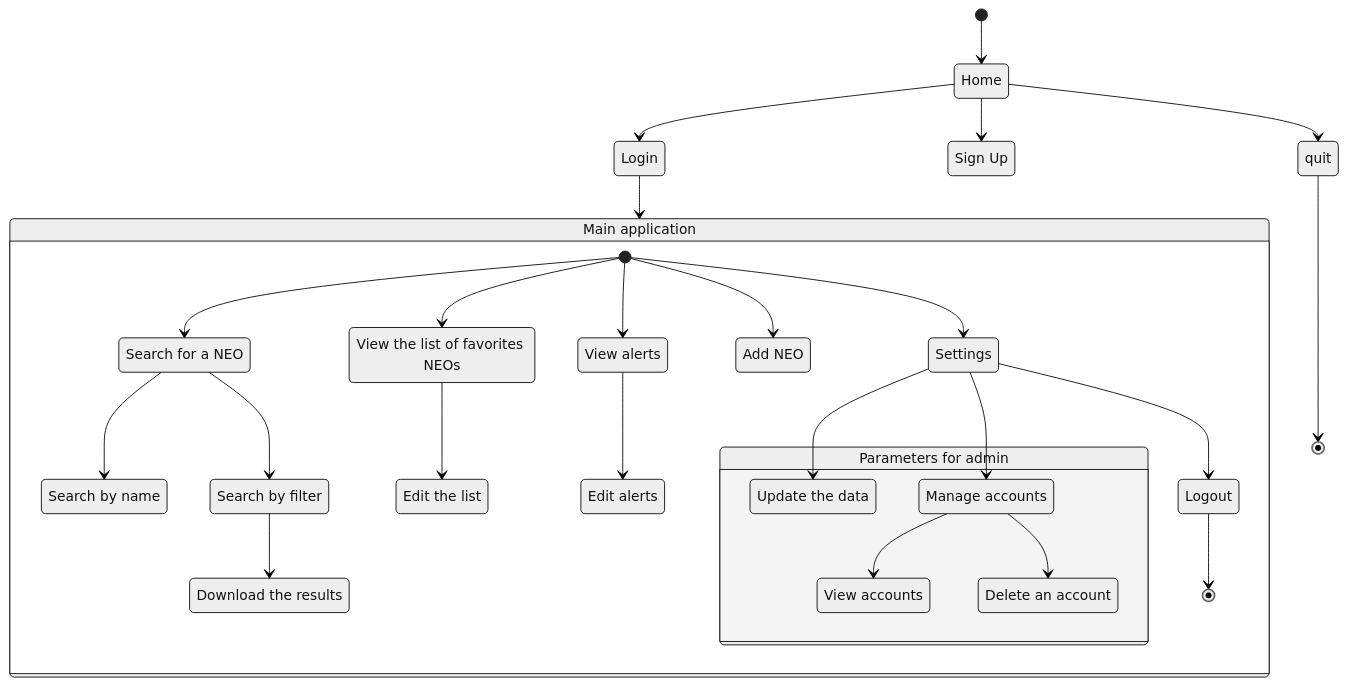
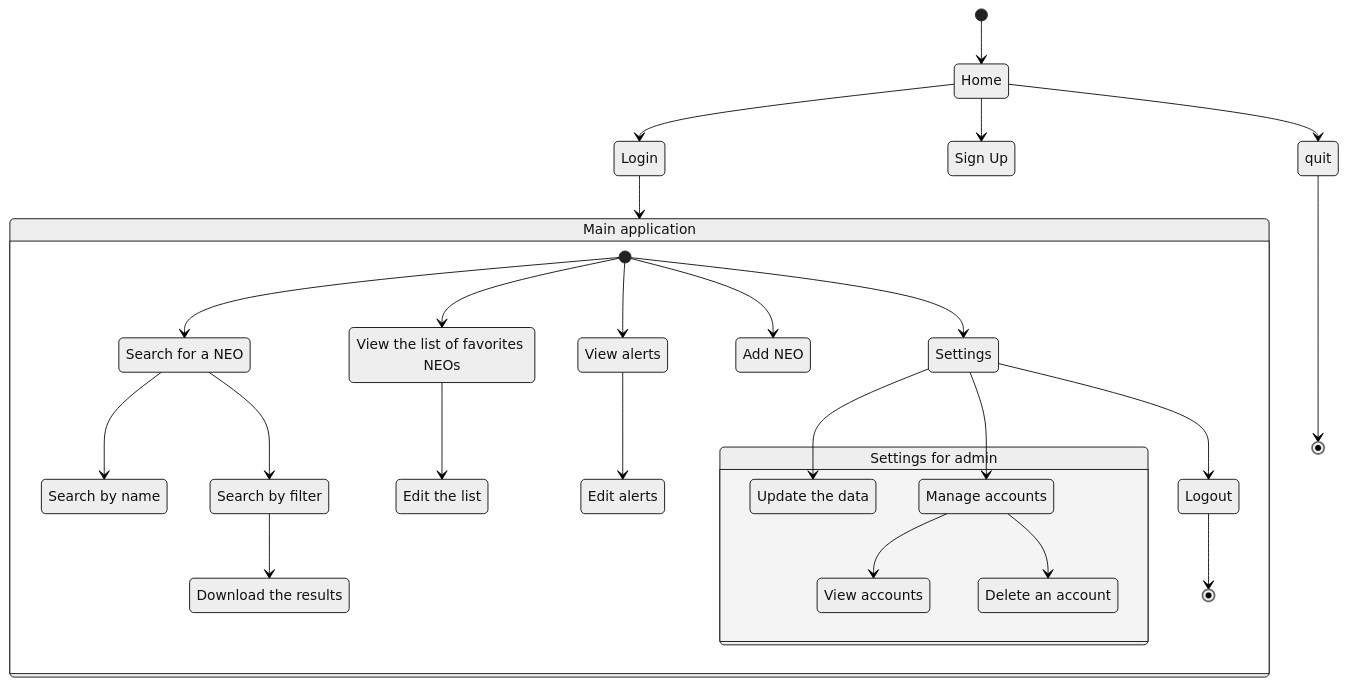
Before and after one commit to Yazaaaaaa/ensai-it-project-2a-team2: the diagram in doc/activity_diagram.md, drawn with Mermaid (neutral theme).

Commit message:
modif activity diagram

````diff
--- a/doc/activity_diagram.md
+++ b/doc/activity_diagram.md
@@ -1,50 +1,50 @@
 ```mermaid
 stateDiagram
     login : Login
     main_app : Main application
     signup : Sign Up
     search_neo : Search for a NEO
     favs_list : View the list of favorites NEOs
     settings : Settings
     search_name : Search by name
     search_filter : Search by filter
     download : Download the results
     edit_list : Edit the list
     update_data : Update the data
     manage_accounts : Manage accounts
     alerts : View alerts
     edit_alerts : Edit alerts
     add_neo : Add NEO
     view_accounts : View accounts
     delete_accounts : Delete an account
     logout : Logout
-    parameters_admin : Parameters for admin
+    settings_admin : Settings for admin
 
     [*] --> Home
     Home --> login
     login --> main_app
     Home --> signup
     Home --> quit
     quit --> [*]
 
     state main_app {
         [*] --> search_neo
         search_neo --> search_name
         search_neo --> search_filter
         search_filter --> download
         [*] --> favs_list
         favs_list --> edit_list
         [*] --> alerts
         alerts --> edit_alerts
         [*] --> add_neo
         [*] --> settings
-        state parameters_admin {
+        state settings_admin {
             settings --> update_data
             settings --> manage_accounts
             manage_accounts --> view_accounts
             manage_accounts --> delete_accounts
         }
         settings --> logout
         logout --> [*]
     }
 ```
````
